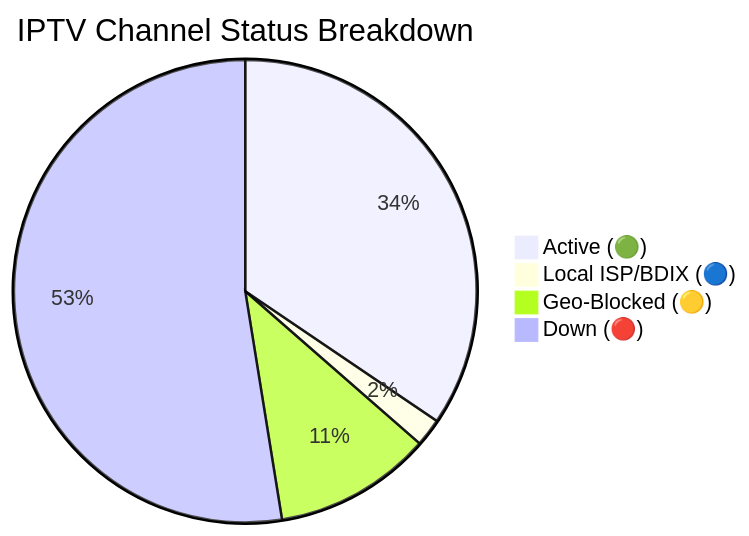
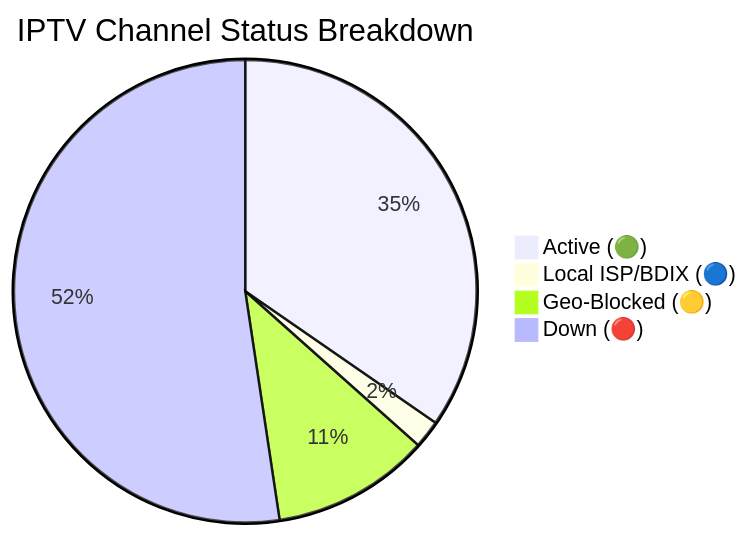
The diagram in README.md (andreataylord/Ip-tv-Collection), drawn with Mermaid before and after one commit. The commit also changed other lines of this file and 1 other file, not shown here.

Commit message:
docs(readme): auto-update daily channel status chart

````diff
--- a/README.md
+++ b/README.md
@@ -59,7 +59,7 @@
 ```mermaid
 pie title IPTV Channel Status Breakdown
-    "Active (🟢)" : 2263
+    "Active (🟢)" : 2273
     "Local ISP/BDIX (🔵)" : 128
-    "Geo-Blocked (🟡)" : 724
-    "Down (🔴)" : 3449
+    "Geo-Blocked (🟡)" : 725
+    "Down (🔴)" : 3438
 ```
````
